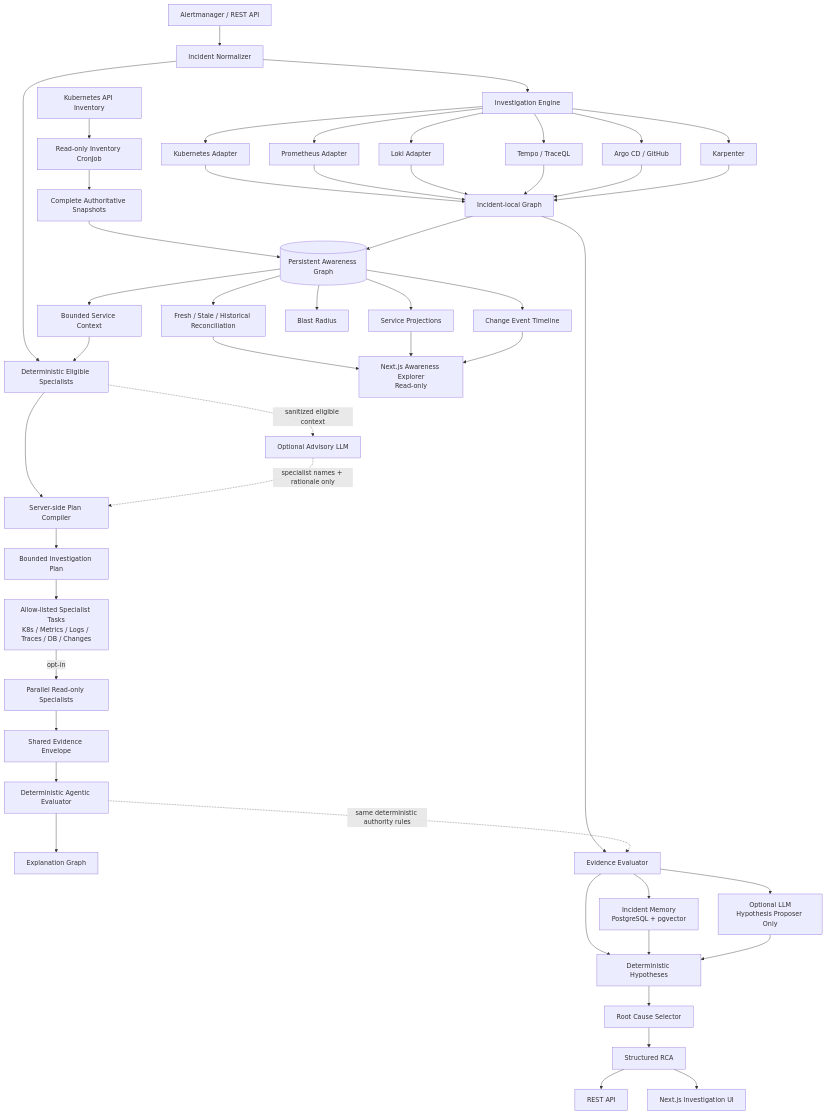
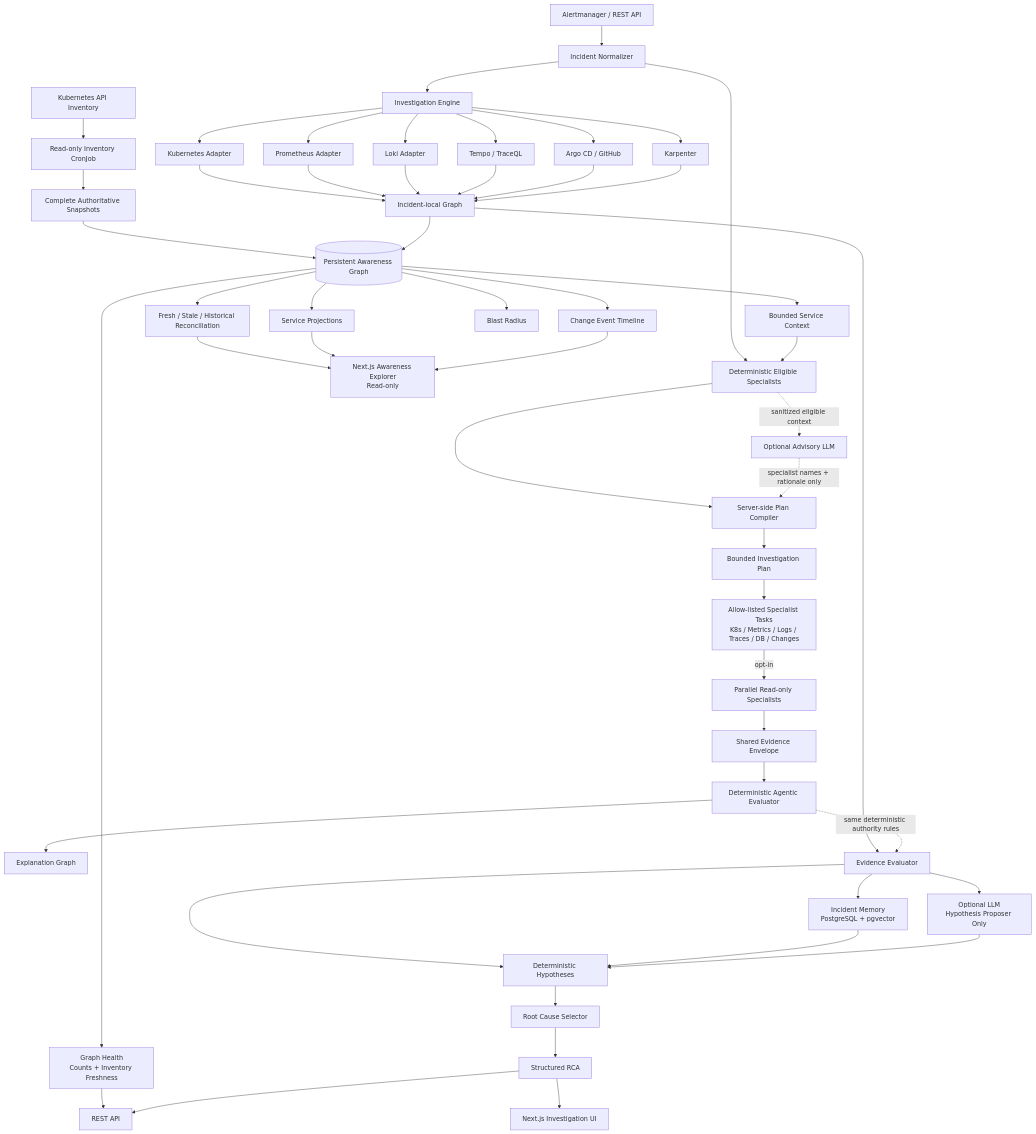
One commit to marcocristofolini/ai-sre-rca changed the first of 24 diagrams in docs/architecture.md. Above: the diagram before and after it, drawn with Mermaid. The commit also changed other lines of this file, not shown here.

Commit message:
docs: add awareness graph health architecture

````diff
--- a/docs/architecture.md
+++ b/docs/architecture.md
@@ -7,56 +7,58 @@
 ```mermaid
 flowchart TD
     A[Alertmanager / REST API] --> N[Incident Normalizer]
     N --> EL[Deterministic Eligible Specialists]
     N --> I[Investigation Engine]
 
     KINV[Kubernetes API Inventory] --> KCRON[Read-only Inventory CronJob]
     KCRON --> KSNAP[Complete Authoritative Snapshots]
     KSNAP --> PAG[(Persistent Awareness Graph)]
     PAG --> CTX[Bounded Service Context]
     CTX --> EL
     EL --> COMP[Server-side Plan Compiler]
     EL -. sanitized eligible context .-> MPL[Optional Advisory LLM]
     MPL -. specialist names + rationale only .-> COMP
     COMP --> PLAN[Bounded Investigation Plan]
     PLAN --> PT[Allow-listed Specialist Tasks<br/>K8s / Metrics / Logs / Traces / DB / Changes]
     PT -->|opt-in| ORCH[Parallel Read-only Specialists]
     ORCH --> SE[Shared Evidence Envelope]
     SE --> AE[Deterministic Agentic Evaluator]
     AE --> XG[Explanation Graph]
 
     I --> K[Kubernetes Adapter]
     I --> P[Prometheus Adapter]
     I --> L[Loki Adapter]
     I --> T[Tempo / TraceQL]
     I --> AR[Argo CD / GitHub]
     I --> KA[Karpenter]
 
     K --> LG[Incident-local Graph]
     P --> LG
     L --> LG
     T --> LG
     AR --> LG
     KA --> LG
 
     LG --> EV[Evidence Evaluator]
     AE -. same deterministic authority rules .-> EV
     LG --> PAG
     PAG --> REC[Fresh / Stale / Historical Reconciliation]
+    PAG --> GH[Graph Health<br/>Counts + Inventory Freshness]
     PAG --> SV[Service Projections]
     PAG --> BR[Blast Radius]
     PAG --> CE[Change Event Timeline]
+    GH --> API
     REC --> AUI[Next.js Awareness Explorer<br/>Read-only]
     SV --> AUI
     CE --> AUI
 
     EV --> H[Deterministic Hypotheses]
     EV --> MEM[Incident Memory<br/>PostgreSQL + pgvector]
     EV --> LLM[Optional LLM<br/>Hypothesis Proposer Only]
     MEM --> H
     LLM --> H
     H --> RC[Root Cause Selector]
     RC --> RCA[Structured RCA]
     RCA --> API[REST API]
     RCA --> UI[Next.js Investigation UI]
 ```
````
